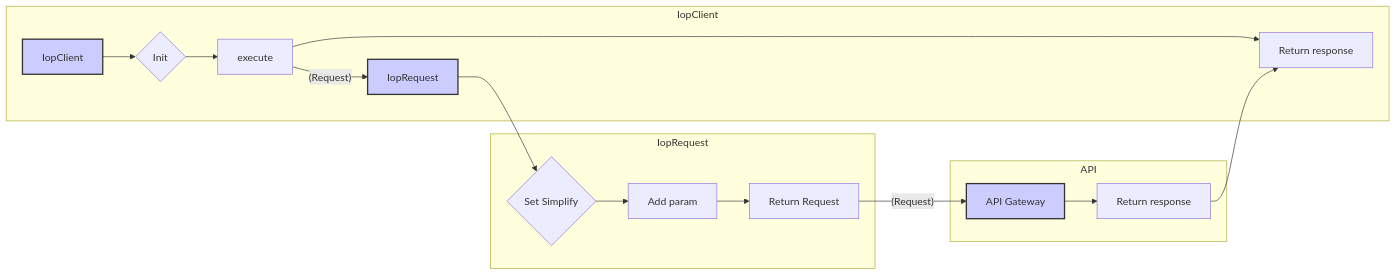
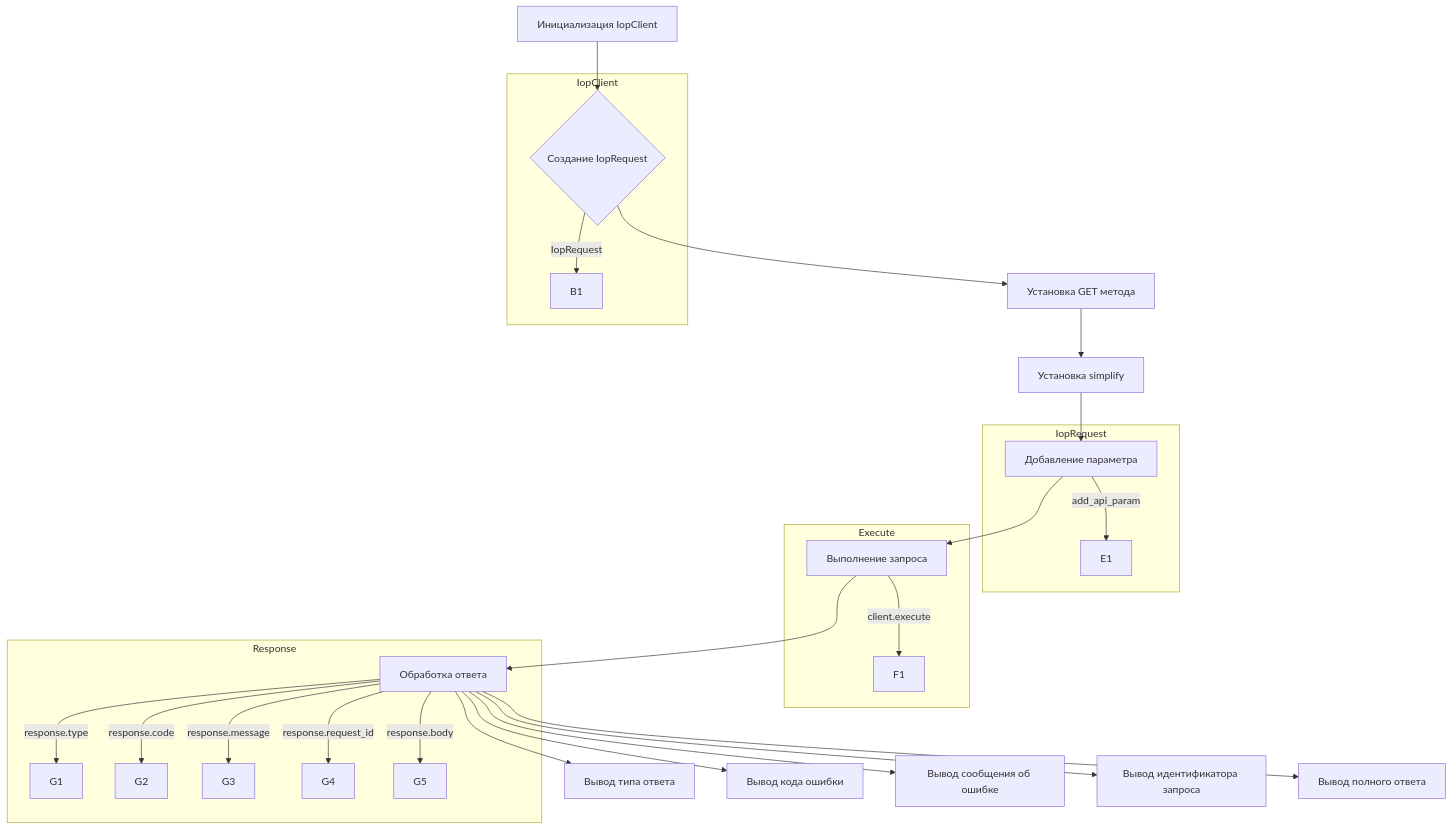
Before and after one commit to hypo69/hypo: the diagram in docs/gemini/ru/explainer/src/suppliers/aliexpress/api/_examples/iop/test_get.md, drawn with Mermaid. The commit also changed other lines of this file and 468 other files, not shown here.

````diff
--- a/docs/gemini/ru/explainer/src/suppliers/aliexpress/api/_examples/iop/test_get.md
+++ b/docs/gemini/ru/explainer/src/suppliers/aliexpress/api/_examples/iop/test_get.md
@@ -77,23 +66,30 @@
 ```mermaid
-graph LR
+graph TD
+    A[Инициализация IopClient] --> B{Создание IopRequest};
+    B --> C[Установка GET метода];
+    C --> D[Установка simplify];
+    D --> E[Добавление параметра];
+    E --> F[Выполнение запроса];
+    F --> G[Обработка ответа];
+    G --> H[Вывод типа ответа];
+    G --> I[Вывод кода ошибки];
+    G --> J[Вывод сообщения об ошибке];
+    G --> K[Вывод идентификатора запроса];
+    G --> L[Вывод полного ответа];
     subgraph IopClient
-        A[IopClient] --> B{Init};
-        B --> C[execute];
-        C --> D[Return response];
-        C --(Request)--> E[IopRequest];
+        B --IopRequest--> B1;
     end
     subgraph IopRequest
-        E --> F{Set Simplify};
-        F --> G[Add param];
-        G --> H[Return Request];
+    E --add_api_param--> E1;
     end
-
-    subgraph API
-        H --(Request)--> I[API Gateway];
-        I --> J[Return response];
+    subgraph Execute
+    F --client.execute--> F1;
     end
-    J --> D;
-    style A fill:#ccf,stroke:#333,stroke-width:2px;
-    style E fill:#ccf,stroke:#333,stroke-width:2px;
-    style I fill:#ccf,stroke:#333,stroke-width:2px;
+    subgraph Response
+    G --response.type--> G1;
+    G --response.code--> G2;
+    G --response.message--> G3;
+    G --response.request_id--> G4;
+    G --response.body--> G5;
+    end
 ```
````
